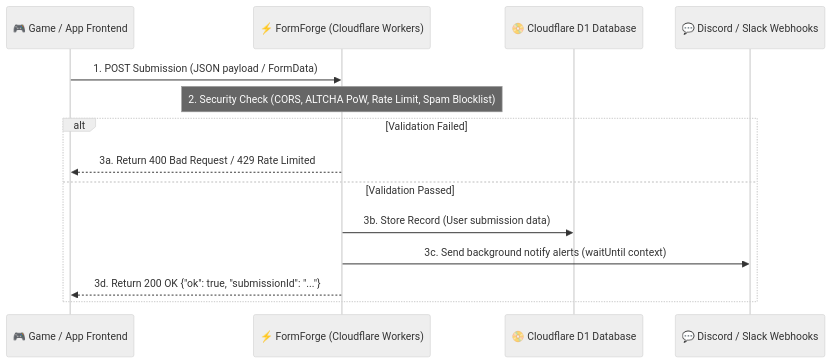
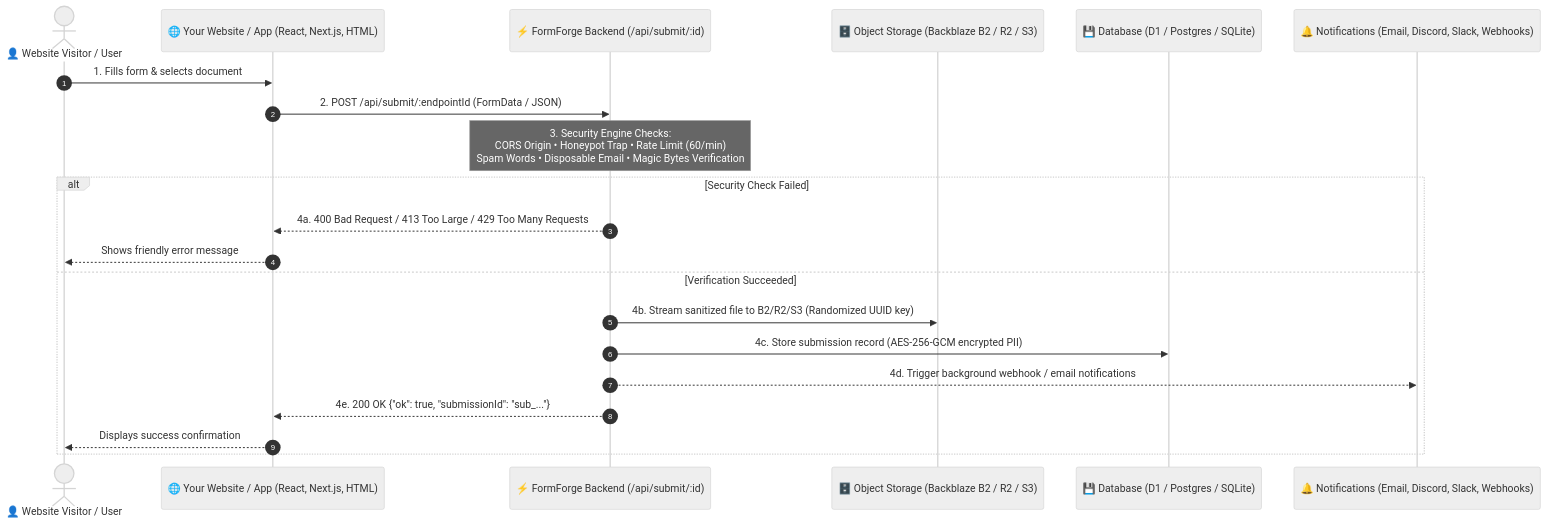
Before and after one commit to SudhirDevOps1/FormForge: the diagram in INTEGRATION_GUIDE.md, drawn with Mermaid (neutral theme). The commit also changed other lines of this file and 1 other file, not shown here.

````diff
--- a/INTEGRATION_GUIDE.md
+++ b/INTEGRATION_GUIDE.md
@@ -11,17 +32,24 @@
 ```mermaid
 sequenceDiagram
-    participant Player as 🎮 Game / App Frontend
-    participant FF as ⚡ FormForge (Cloudflare Workers)
-    participant DB as 📀 Cloudflare D1 Database
-    participant Hook as 💬 Discord / Slack Webhooks
+    autonumber
+    actor Visitor as 👤 Website Visitor / User
+    participant Site as 🌐 Your Website / App (React, Next.js, HTML)
+    participant FF as ⚡ FormForge Backend (/api/submit/:id)
+    participant Storage as 🗄️ Object Storage (Backblaze B2 / R2 / S3)
+    participant DB as 💾 Database (D1 / Postgres / SQLite)
+    participant Notify as 🔔 Notifications (Email, Discord, Slack, Webhooks)
 
-    Player->>FF: 1. POST Submission (JSON payload / FormData)
-    Note over FF: 2. Security Check (CORS, ALTCHA PoW, Rate Limit, Spam Blocklist)
-    alt Validation Failed
-        FF-->>Player: 3a. Return 400 Bad Request / 429 Rate Limited
-    else Validation Passed
-        FF->>DB: 3b. Store Record (User submission data)
-        FF->>Hook: 3c. Send background notify alerts (waitUntil context)
-        FF-->>Player: 3d. Return 200 OK {"ok": true, "submissionId": "..."}
+    Visitor->>Site: 1. Fills form & selects document
+    Site->>FF: 2. POST /api/submit/:endpointId (FormData / JSON)
+    Note over FF: 3. Security Engine Checks:<br/>CORS Origin • Honeypot Trap • Rate Limit (60/min)<br/>Spam Words • Disposable Email • Magic Bytes Verification
+    alt Security Check Failed
+        FF-->>Site: 4a. 400 Bad Request / 413 Too Large / 429 Too Many Requests
+        Site-->>Visitor: Shows friendly error message
+    else Verification Succeeded
+        FF->>Storage: 4b. Stream sanitized file to B2/R2/S3 (Randomized UUID key)
+        FF->>DB: 4c. Store submission record (AES-256-GCM encrypted PII)
+        FF-->>Notify: 4d. Trigger background webhook / email notifications
+        FF-->>Site: 4e. 200 OK {"ok": true, "submissionId": "sub_..."}
+        Site-->>Visitor: Displays success confirmation
     end
 ```
````
